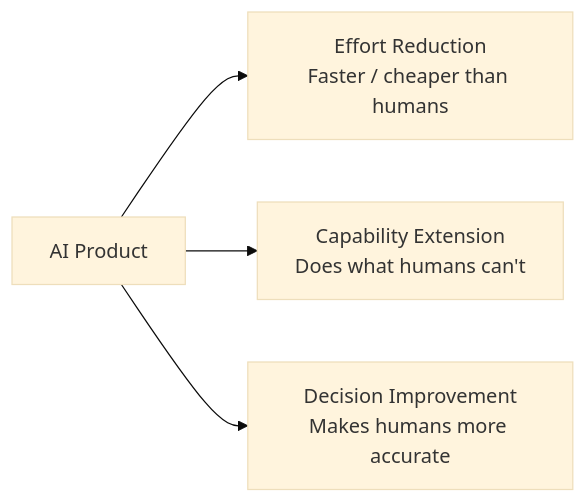
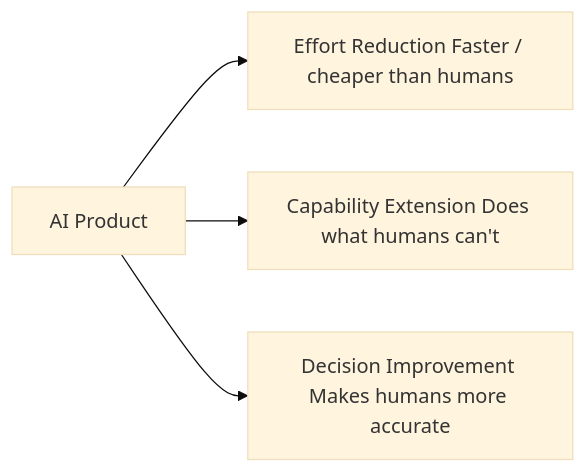
One commit to mjac-yue/ai-architecture-for-pms changed the second of 4 diagrams in module-01-why-ai-products-exist.md. Above: the diagram before and after it, drawn with Mermaid (base theme). The commit also changed other lines of this file and 15 other files, not shown here.

First line of the commit message:
Remove HTML tags from Mermaid node labels for Obsidian compatibility

````diff
--- a/module-01-why-ai-products-exist.md
+++ b/module-01-why-ai-products-exist.md
@@ -105,7 +105,7 @@
 ```mermaid
 graph LR
     AI["AI Product"]
-    AI --> P1["Effort Reduction<br>Faster / cheaper than humans"]
-    AI --> P2["Capability Extension<br>Does what humans can't"]
-    AI --> P3["Decision Improvement<br>Makes humans more accurate"]
+    AI --> P1["Effort Reduction Faster / cheaper than humans"]
+    AI --> P2["Capability Extension Does what humans can't"]
+    AI --> P3["Decision Improvement Makes humans more accurate"]
 ```
````
